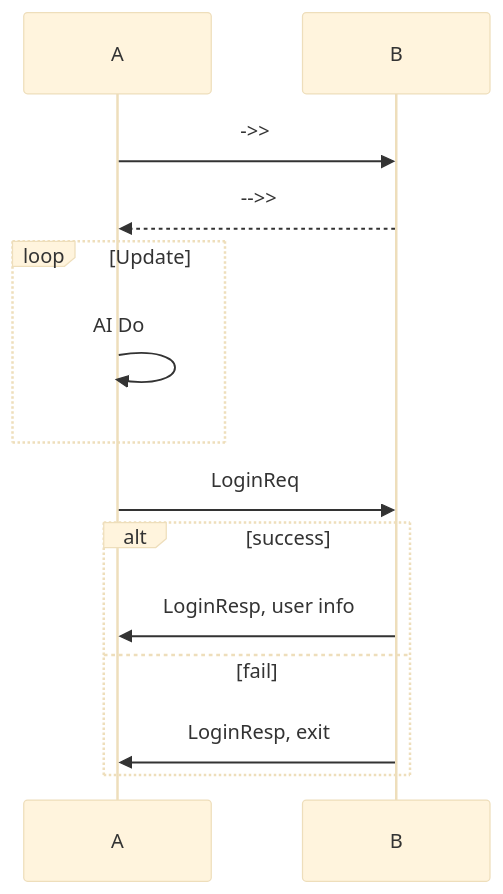
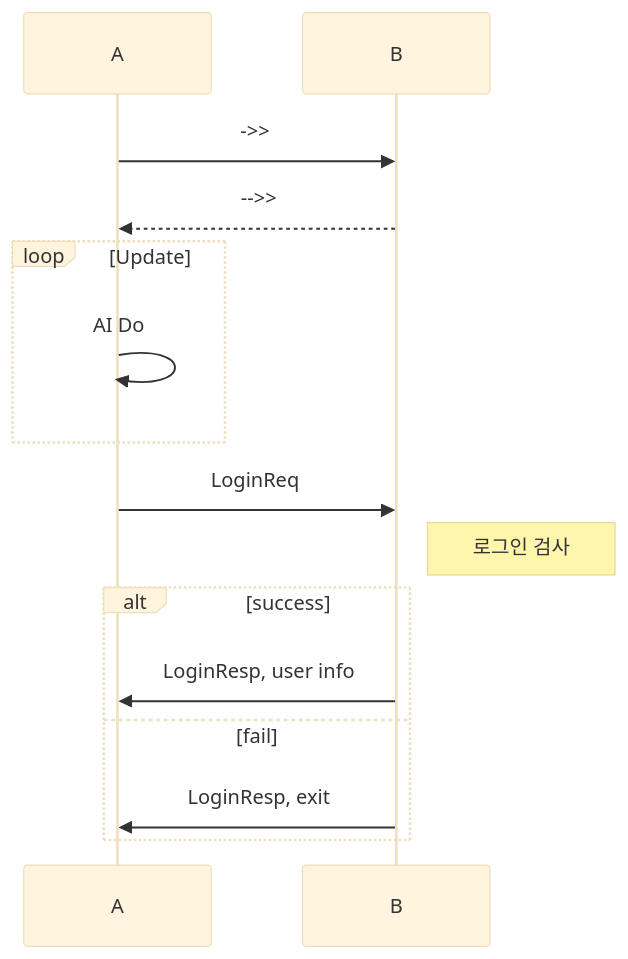
The first of 2 diagrams in doc/readme.md (bsrk1013/study), drawn with Mermaid (base theme) before and after one commit. The commit also changed other lines of this file and 2 other files, not shown here.

````diff
--- a/doc/readme.md
+++ b/doc/readme.md
@@ -15,14 +15,15 @@
 ``` mermaid
 sequenceDiagram
 A->>B:->>
 B-->>A:-->>
 loop Update
     A->>A:AI Do
 end
 A->>B: LoginReq
+Note right of B: 로그인 검사
 alt success
     B->>A: LoginResp, user info
 else fail
     B->>A: LoginResp, exit
 end
 ```
````
